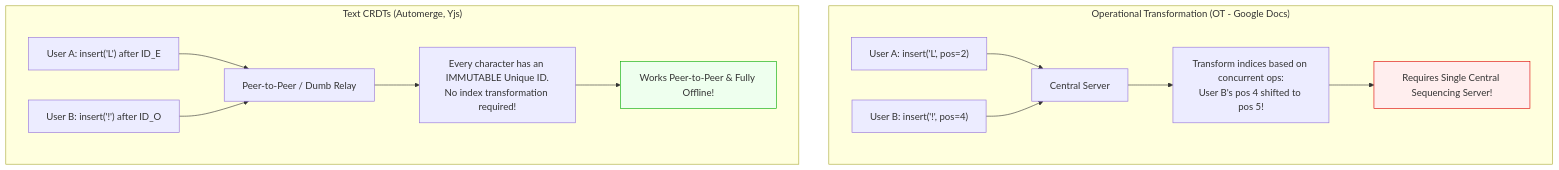
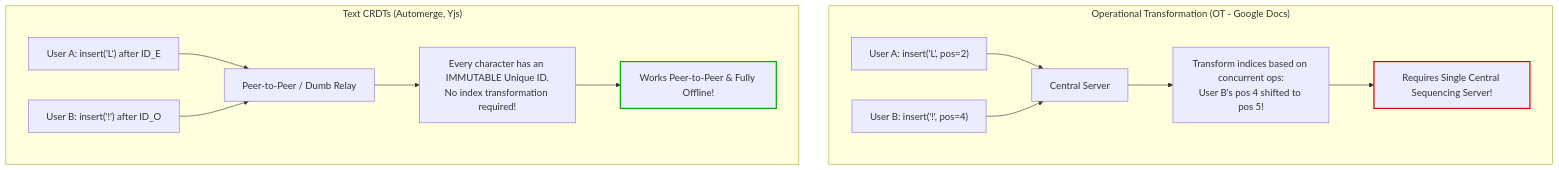
The fifth of 8 diagrams in Core Concepts/CRDTs/README.md (abhinnaagrawal/system-design-notes), drawn with Mermaid before and after one commit. The commit also changed other lines of this file and 62 other files, not shown here.

````diff
--- a/Core Concepts/CRDTs/README.md
+++ b/Core Concepts/CRDTs/README.md
@@ -254,18 +263,18 @@
 ```mermaid
 flowchart TD
     subgraph OT["Operational Transformation (OT - Google Docs)"]
         OT_A["User A: insert('L', pos=2)"] --> OT_S["Central Server"]
         OT_B["User B: insert('!', pos=4)"] --> OT_S
         OT_S --> OT_Trans["Transform indices based on concurrent ops:<br/>User B's pos 4 shifted to pos 5!"]
         OT_Trans --> OT_Cons["Requires Single Central Sequencing Server!"]
-        style OT_Cons fill:#ffeeee,stroke:#dd0000
+        style OT_Cons stroke:#dd0000,stroke-width:2px
     end
 
     subgraph TextCRDT["Text CRDTs (Automerge, Yjs)"]
         CR_A["User A: insert('L') after ID_E"] --> CR_Net["Peer-to-Peer / Dumb Relay"]
         CR_B["User B: insert('!') after ID_O"] --> CR_Net
         CR_Net --> CR_Id["Every character has an IMMUTABLE Unique ID.<br/>No index transformation required!"]
         CR_Id --> CR_P2P["Works Peer-to-Peer & Fully Offline!"]
-        style CR_P2P fill:#eeffee,stroke:#00aa00
+        style CR_P2P stroke:#00aa00,stroke-width:2px
     end
 ```
````
